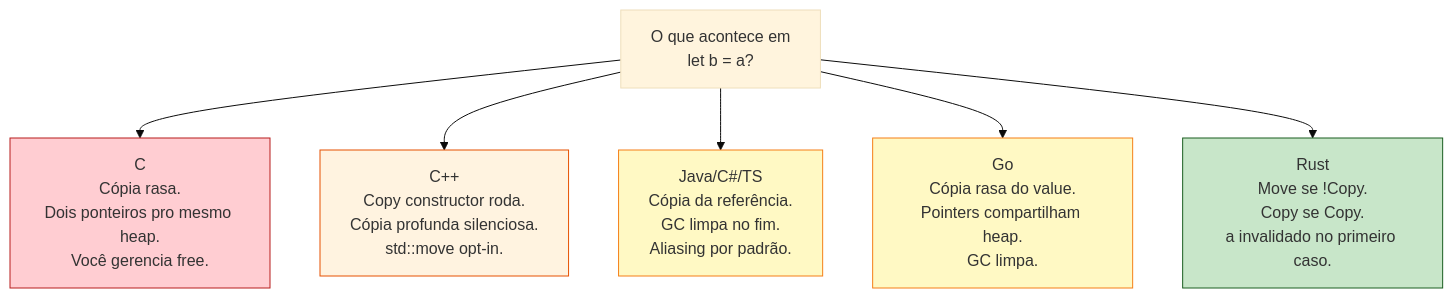
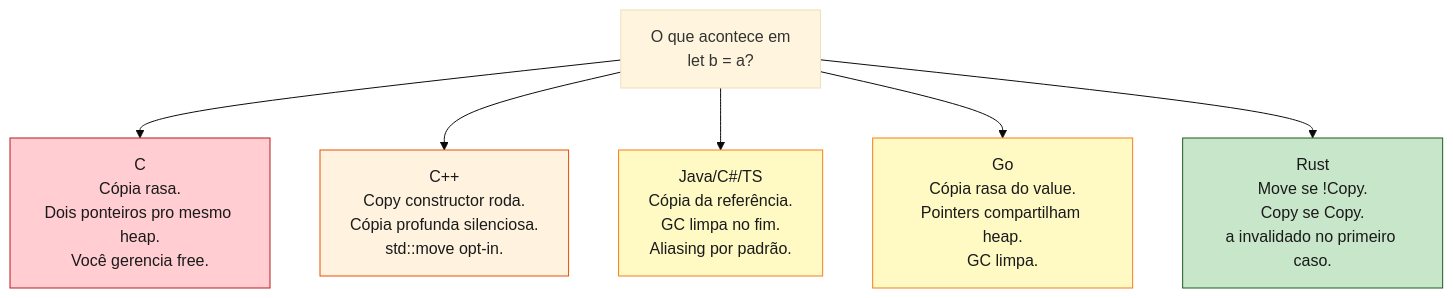
One commit to Felipeness/ferro-e-espirito changed the second of 3 diagrams in book/part-04-ownership/ch13-move-semantics.md. Above: the diagram before and after it, drawn with Mermaid (base theme). The commit also changed other lines of this file and 56 other files, not shown here.

First line of the commit message:
fix: contraste de texto em diagramas mermaid

````diff
--- a/book/part-04-ownership/ch13-move-semantics.md
+++ b/book/part-04-ownership/ch13-move-semantics.md
@@ -178,16 +178,16 @@
 ```mermaid
 graph TB
     Q[O que acontece em<br/>let b = a?]
 
     Q --> C["C<br/>Cópia rasa.<br/>Dois ponteiros pro mesmo heap.<br/>Você gerencia free."]
     Q --> CPP["C++<br/>Copy constructor roda.<br/>Cópia profunda silenciosa.<br/>std::move opt-in."]
     Q --> Java["Java/C#/TS<br/>Cópia da referência.<br/>GC limpa no fim.<br/>Aliasing por padrão."]
     Q --> Go["Go<br/>Cópia rasa do value.<br/>Pointers compartilham heap.<br/>GC limpa."]
     Q --> Rust["Rust<br/>Move se !Copy.<br/>Copy se Copy.<br/>a invalidado no primeiro caso."]
 
-    style C fill:#ffcdd2,stroke:#b71c1c
-    style CPP fill:#fff3e0,stroke:#e65100
-    style Java fill:#fff9c4,stroke:#f57f17
-    style Go fill:#fff9c4,stroke:#f57f17
-    style Rust fill:#c8e6c9,stroke:#1b5e20
+    style C fill:#ffcdd2,stroke:#b71c1c,color:#1a1a1a
+    style CPP fill:#fff3e0,stroke:#e65100,color:#1a1a1a
+    style Java fill:#fff9c4,stroke:#f57f17,color:#1a1a1a
+    style Go fill:#fff9c4,stroke:#f57f17,color:#1a1a1a
+    style Rust fill:#c8e6c9,stroke:#1b5e20,color:#1a1a1a
 ```
````
